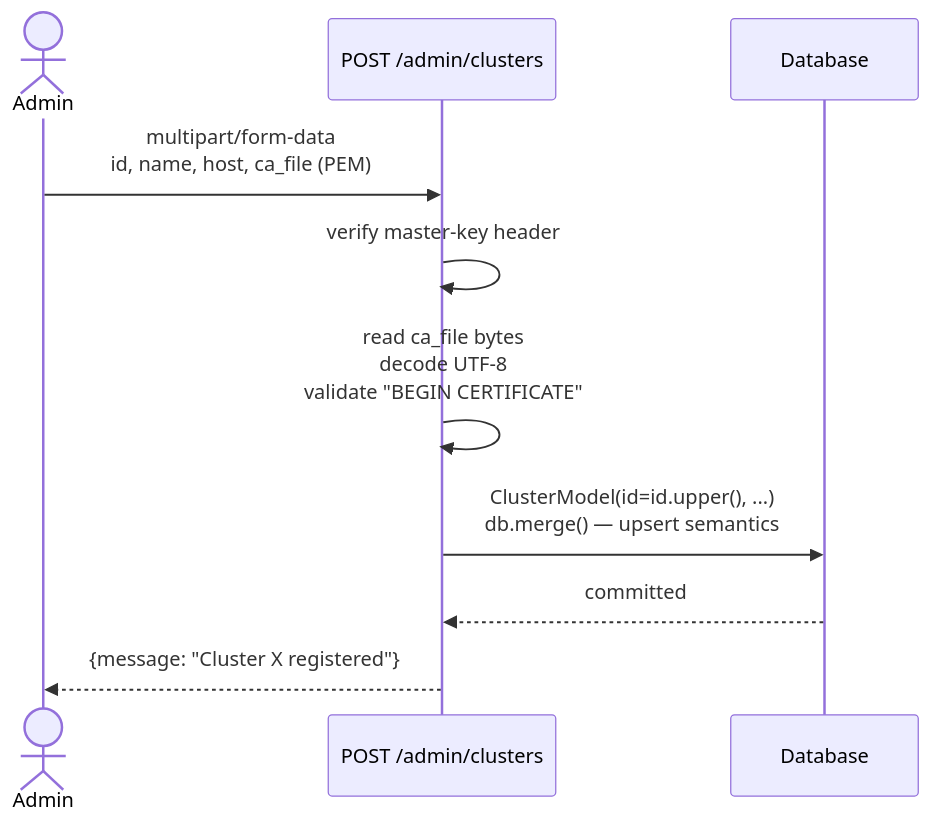
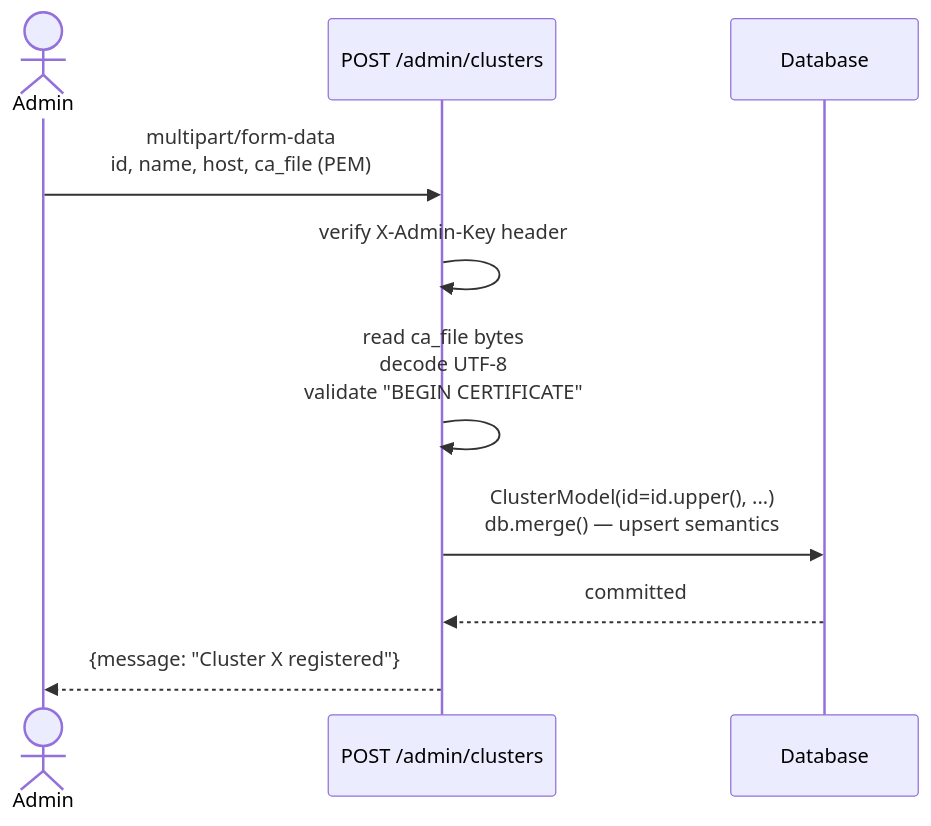
The tenth of 10 diagrams in backend/README.md (AndreaProzzo21/k8s-multi-cluster-gateway), drawn with Mermaid before and after one commit. The commit also changed other lines of this file, not shown here.

````diff
--- a/backend/README.md
+++ b/backend/README.md
@@ -621,13 +642,13 @@
 ```mermaid
 sequenceDiagram
     actor Admin
     participant Route as POST /admin/clusters
     participant DB as Database
 
     Admin->>Route: multipart/form-data<br/>id, name, host, ca_file (PEM)
-    Route->>Route: verify master-key header
+    Route->>Route: verify X-Admin-Key header
     Route->>Route: read ca_file bytes<br/>decode UTF-8<br/>validate "BEGIN CERTIFICATE"
     Route->>DB: ClusterModel(id=id.upper(), ...)<br/>db.merge() — upsert semantics
     DB-->>Route: committed
     Route-->>Admin: {message: "Cluster X registered"}
 ```
````
